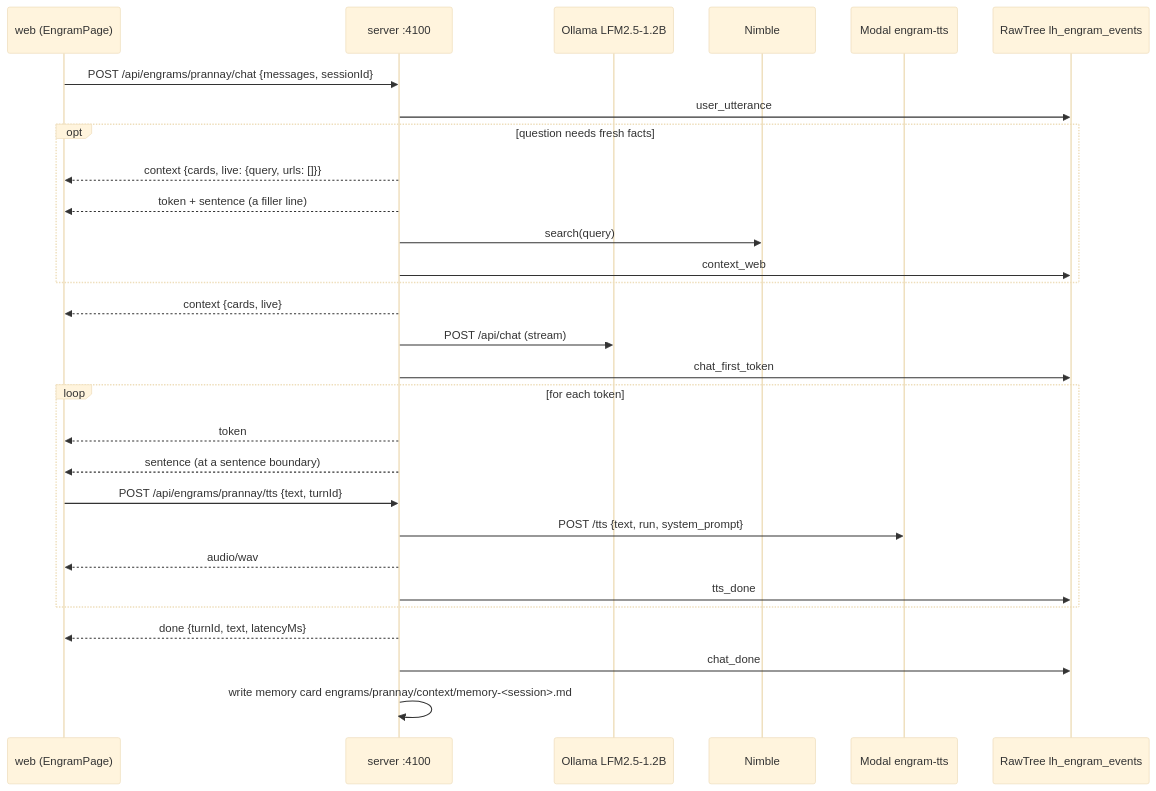
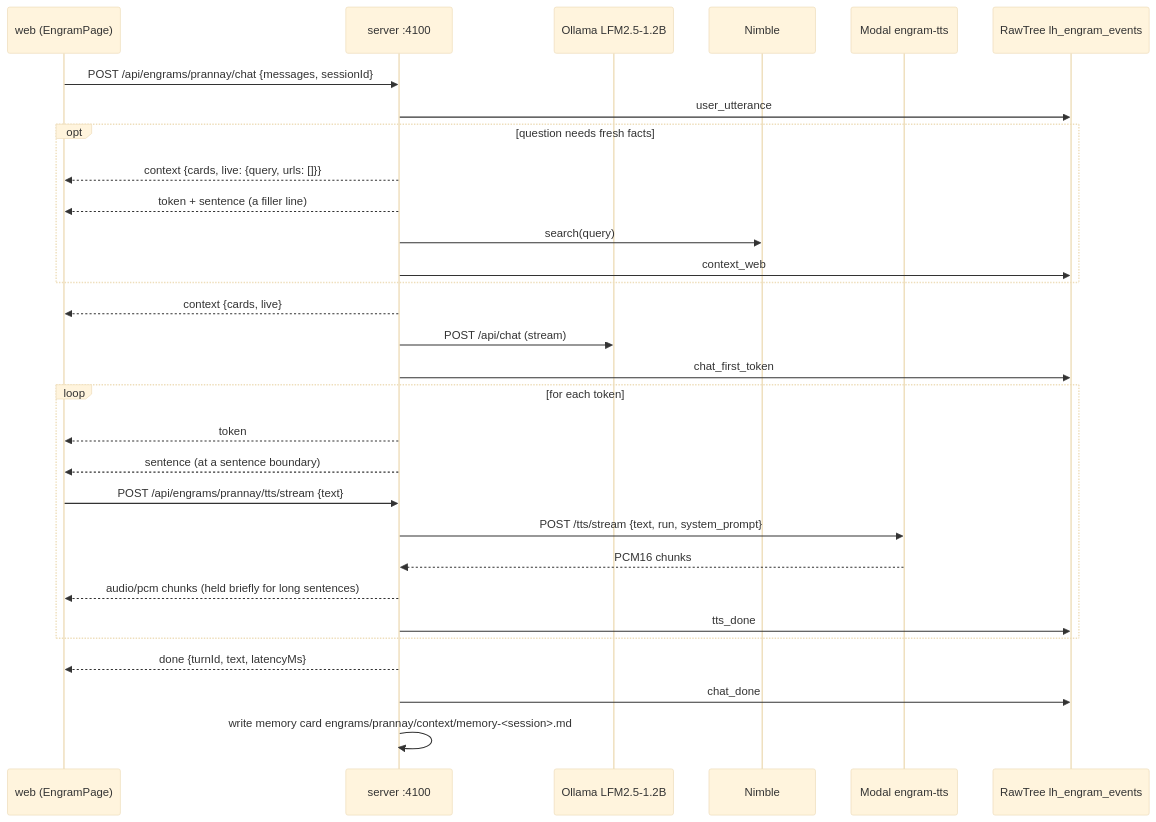
One commit to Pran-Ker/engram changed the diagram in engram/docs/api.md. Above: the diagram before and after it, drawn with Mermaid (base theme). The commit also changed other lines of this file and 62 other files, not shown here.

````diff
--- a/engram/docs/api.md
+++ b/engram/docs/api.md
@@ -11,31 +11,32 @@
 ```mermaid
 sequenceDiagram
   participant W as web (EngramPage)
   participant S as server :4100
   participant O as Ollama LFM2.5-1.2B
   participant N as Nimble
   participant M as Modal engram-tts
   participant R as RawTree lh_engram_events
   W->>S: POST /api/engrams/prannay/chat {messages, sessionId}
   S->>R: user_utterance
   opt question needs fresh facts
     S-->>W: context {cards, live: {query, urls: []}}
     S-->>W: token + sentence (a filler line)
     S->>N: search(query)
     S->>R: context_web
   end
   S-->>W: context {cards, live}
   S->>O: POST /api/chat (stream)
   S->>R: chat_first_token
   loop for each token
     S-->>W: token
     S-->>W: sentence (at a sentence boundary)
-    W->>S: POST /api/engrams/prannay/tts {text, turnId}
-    S->>M: POST /tts {text, run, system_prompt}
-    S-->>W: audio/wav
+    W->>S: POST /api/engrams/prannay/tts/stream {text}
+    S->>M: POST /tts/stream {text, run, system_prompt}
+    M-->>S: PCM16 chunks
+    S-->>W: audio/pcm chunks (held briefly for long sentences)
     S->>R: tts_done
   end
   S-->>W: done {turnId, text, latencyMs}
   S->>R: chat_done
   S->>S: write memory card engrams/prannay/context/memory-<session>.md
 ```
````
